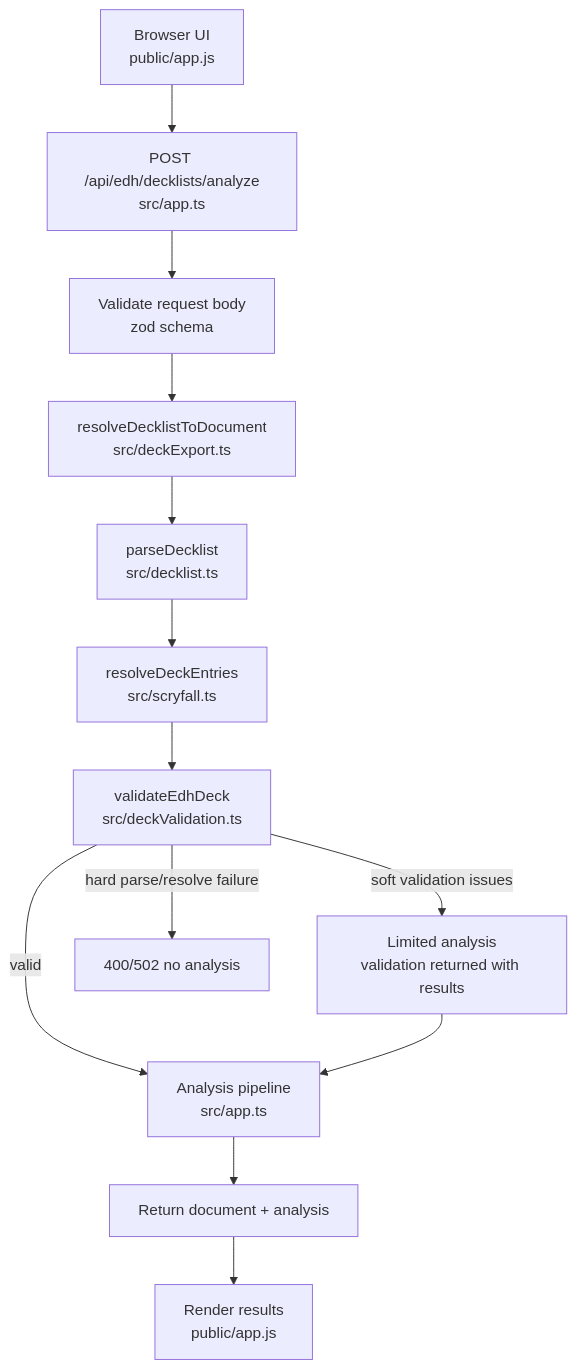
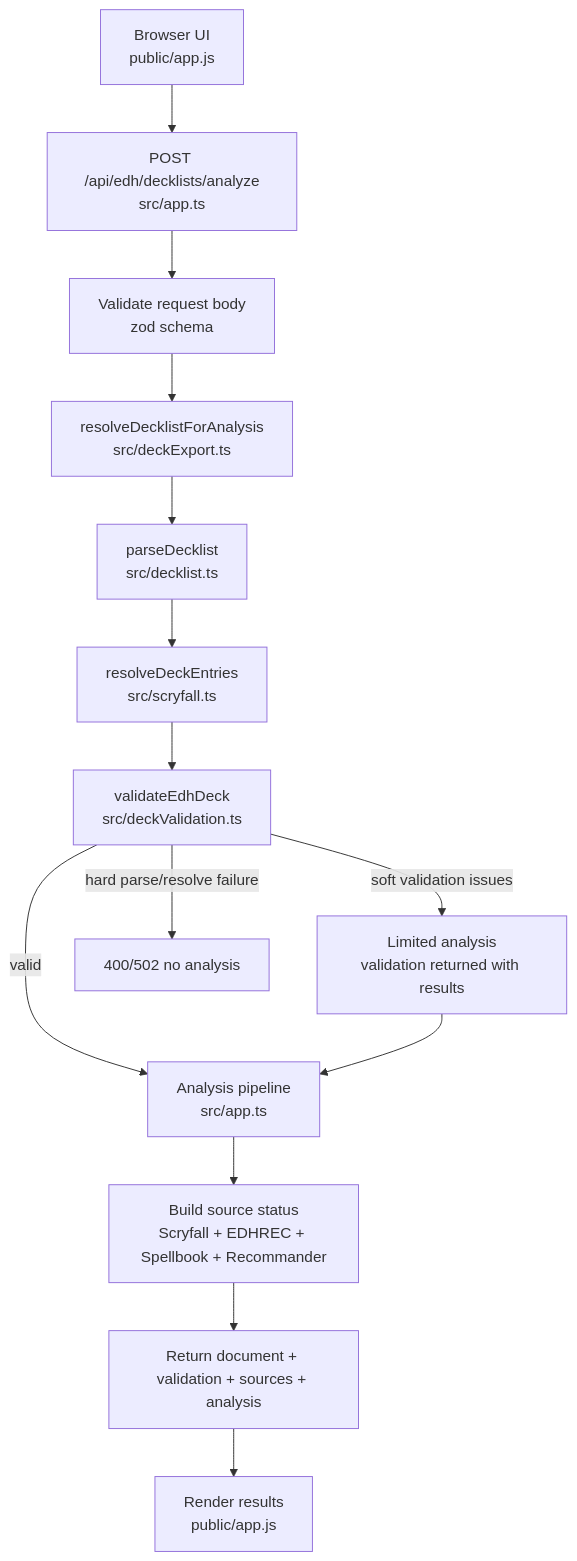
One commit to Waffelnsalat/mtg-deckchecker changed the first of 4 diagrams in docs/analysis-flow.md. Above: the diagram before and after it, drawn with Mermaid. The commit also changed other lines of this file and 9 other files, not shown here.

````diff
--- a/docs/analysis-flow.md
+++ b/docs/analysis-flow.md
@@ -7,15 +7,16 @@
 ```mermaid
 flowchart TD
   Browser[Browser UI<br/>public/app.js] --> AnalyzeEndpoint[POST /api/edh/decklists/analyze<br/>src/app.ts]
   AnalyzeEndpoint --> ValidateBody[Validate request body<br/>zod schema]
-  ValidateBody --> ResolveDocument[resolveDecklistToDocument<br/>src/deckExport.ts]
+  ValidateBody --> ResolveDocument[resolveDecklistForAnalysis<br/>src/deckExport.ts]
   ResolveDocument --> ParseDecklist[parseDecklist<br/>src/decklist.ts]
   ParseDecklist --> Scryfall[resolveDeckEntries<br/>src/scryfall.ts]
   Scryfall --> ValidateDeck[validateEdhDeck<br/>src/deckValidation.ts]
   ValidateDeck -->|valid| AnalysisPipeline[Analysis pipeline<br/>src/app.ts]
   ValidateDeck -->|soft validation issues| LimitedAnalysis[Limited analysis<br/>validation returned with results]
   LimitedAnalysis --> AnalysisPipeline
   ValidateDeck -->|hard parse/resolve failure| Error400[400/502 no analysis]
-  AnalysisPipeline --> Response[Return document + analysis]
+  AnalysisPipeline --> Sources[Build source status<br/>Scryfall + EDHREC + Spellbook + Recommander]
+  Sources --> Response[Return document + validation + sources + analysis]
   Response --> Render[Render results<br/>public/app.js]
 ```
````
